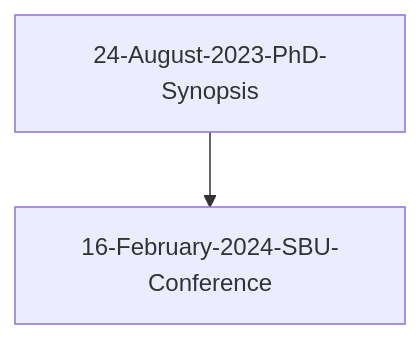
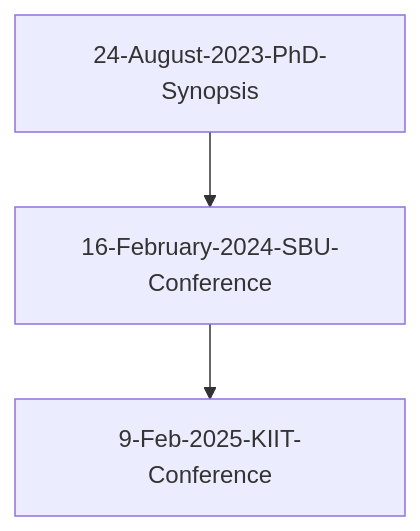
Before and after one commit to rajeshphy/research: the diagram in _posts/2024-06-11-PPT.markdown, drawn with Mermaid. The commit also changed 1 other file, not shown here.

Commit message:
PPT Added

```diff
--- a/_posts/2024-06-11-PPT.markdown
+++ b/_posts/2024-06-11-PPT.markdown
@@ -11,11 +11,14 @@
 <div class="mermaid">
 flowchart TD;
     A[24-August-2023-PhD-Synopsis] --> B[16-February-2024-SBU-Conference];
+    B --> C[9-Feb-2025-KIIT-Conference];
 
 
 
 
     click A "{{ site.PAPERS-ORG }}/PAPERS-ORG/PPT/SKMU-1st-PPT.pdf";
     click B "{{ site.PAPERS-ORG }}/PAPERS-ORG/PPT/SBU-PPT.pdf";
+    click C "{{ site.PAPERS-ORG }}/PAPERS-ORG/PPT/KIIT-poster-9-Feb-2025.pdf";
+
     
 </div>
```
